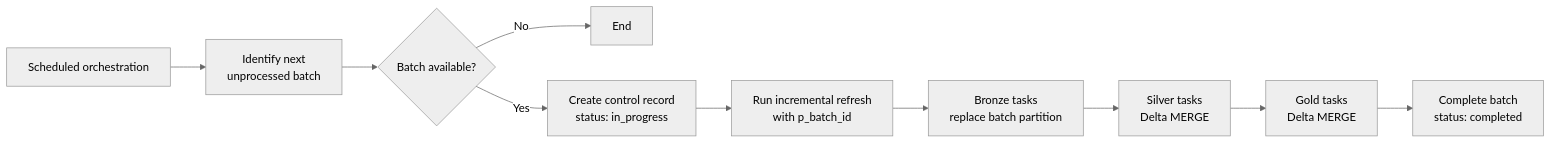
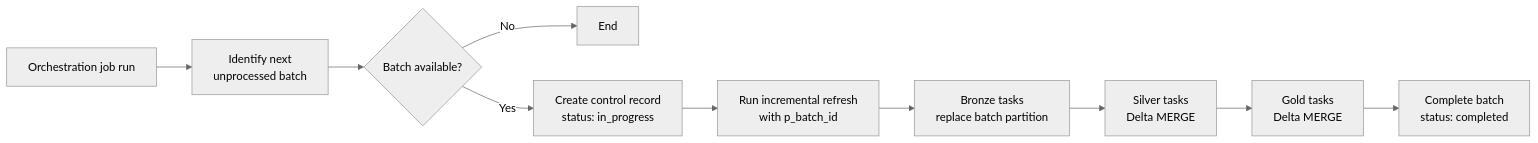
Before and after one commit to alexwang-01/formula1-data-pipeline-analytics: the first of 2 diagrams in README.md, drawn with Mermaid (neutral theme). The commit also changed other lines of this file, not shown here.

````diff
--- a/README.md
+++ b/README.md
@@ -36,12 +36,12 @@
 ```mermaid
 flowchart LR
-    A["Scheduled orchestration"] --> B["Identify next<br/>unprocessed batch"]
+    A["Orchestration job run"] --> B["Identify next<br/>unprocessed batch"]
     B --> C{"Batch available?"}
     C -- "No" --> D["End"]
     C -- "Yes" --> E["Create control record<br/>status: in_progress"]
     E --> F["Run incremental refresh<br/>with p_batch_id"]
     F --> G["Bronze tasks<br/>replace batch partition"]
     G --> H["Silver tasks<br/>Delta MERGE"]
     H --> I["Gold tasks<br/>Delta MERGE"]
     I --> J["Complete batch<br/>status: completed"]
 ```
````
